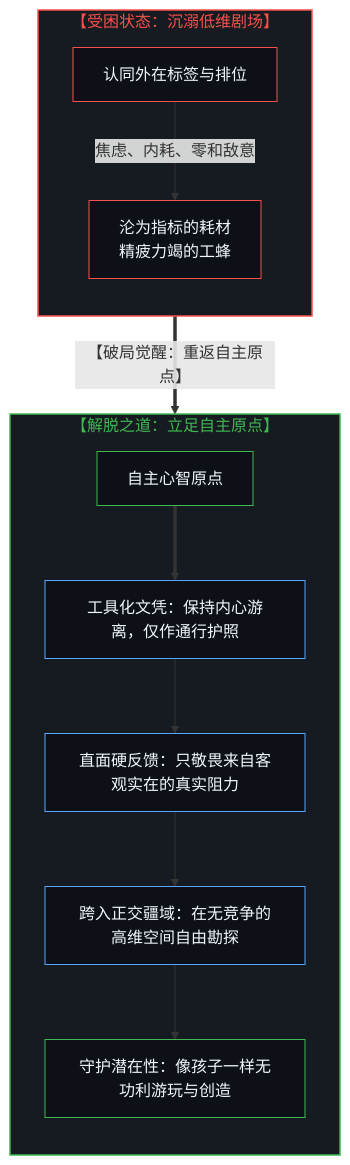
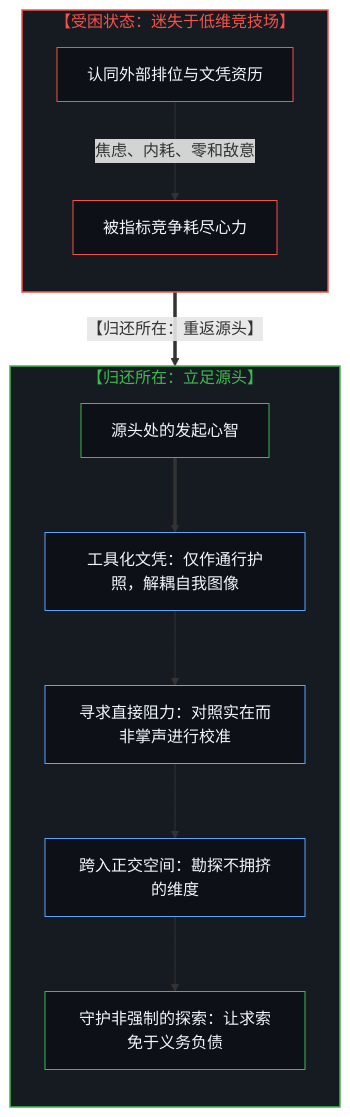
Before and after one commit to powerpig99/not-a-toe: the ninth of 10 diagrams in content/posts/the-reversal-of-education-and-science.md, drawn with Mermaid. The commit also changed other lines of this file and 2 other files, not shown here.

````diff
--- a/content/posts/the-reversal-of-education-and-science.md
+++ b/content/posts/the-reversal-of-education-and-science.md
@@ -429,35 +397,31 @@
 ```mermaid
 flowchart TD
-    subgraph S_Trap["【受困状态：沉溺低维剧场】"]
+    subgraph S_Trap["【受困状态：迷失于低维竞技场】"]
         direction TB
-        TrapMind["认同外在标签与排位"]
-        Misery["沦为指标的耗材<br/>精疲力竭的工蜂"]
+        TrapMind["认同外部排位与文凭资历"]
+        Misery["被指标竞争耗尽心力"]
         TrapMind -->|"焦虑、内耗、零和敌意"| Misery
     end
-
-    S_Trap ==>|"【破局觉醒：重返自主原点】"| S_Sovereign
-
-    subgraph S_Sovereign["【解脱之道：立足自主原点】"]
+    S_Trap ==>|"【归还所在：重返源头】"| S_Sovereign
+    subgraph S_Sovereign["【归还所在：立足源头】"]
         direction TB
-        SovereignMind["自主心智原点"]
-        Step1["工具化文凭：保持内心游离，仅作通行护照"]
-        Step2["直面硬反馈：只敬畏来自客观实在的真实阻力"]
-        Step3["跨入正交疆域：在无竞争的高维空间自由勘探"]
-        Step4["守护潜在性：像孩子一样无功利游玩与创造"]
-
+        SovereignMind["源头处的发起心智"]
+        Step1["工具化文凭：仅作通行护照，解耦自我图像"]
+        Step2["寻求直接阻力：对照实在而非掌声进行校准"]
+        Step3["跨入正交空间：勘探不拥挤的维度"]
+        Step4["守护非强制的探索：让求索免于义务负债"]
         SovereignMind ==> Step1
         Step1 --> Step2
         Step2 --> Step3
         Step3 --> Step4
     end
-
     style S_Trap fill:#161b22,stroke:#f85149,stroke-width:1.5px,color:#f85149
     style S_Sovereign fill:#161b22,stroke:#3fb950,stroke-width:1.5px,color:#3fb950
     style TrapMind fill:#0d1117,stroke:#f85149,stroke-width:1px,color:#f0f6fc
     style Misery fill:#0d1117,stroke:#f85149,stroke-width:1px,color:#f0f6fc
     style SovereignMind fill:#0d1117,stroke:#3fb950,stroke-width:1px,color:#f0f6fc
     style Step1 fill:#0d1117,stroke:#58a6ff,stroke-width:1px,color:#f0f6fc
     style Step2 fill:#0d1117,stroke:#58a6ff,stroke-width:1px,color:#f0f6fc
     style Step3 fill:#0d1117,stroke:#58a6ff,stroke-width:1px,color:#f0f6fc
     style Step4 fill:#0d1117,stroke:#3fb950,stroke-width:1px,color:#f0f6fc
 ```
````
